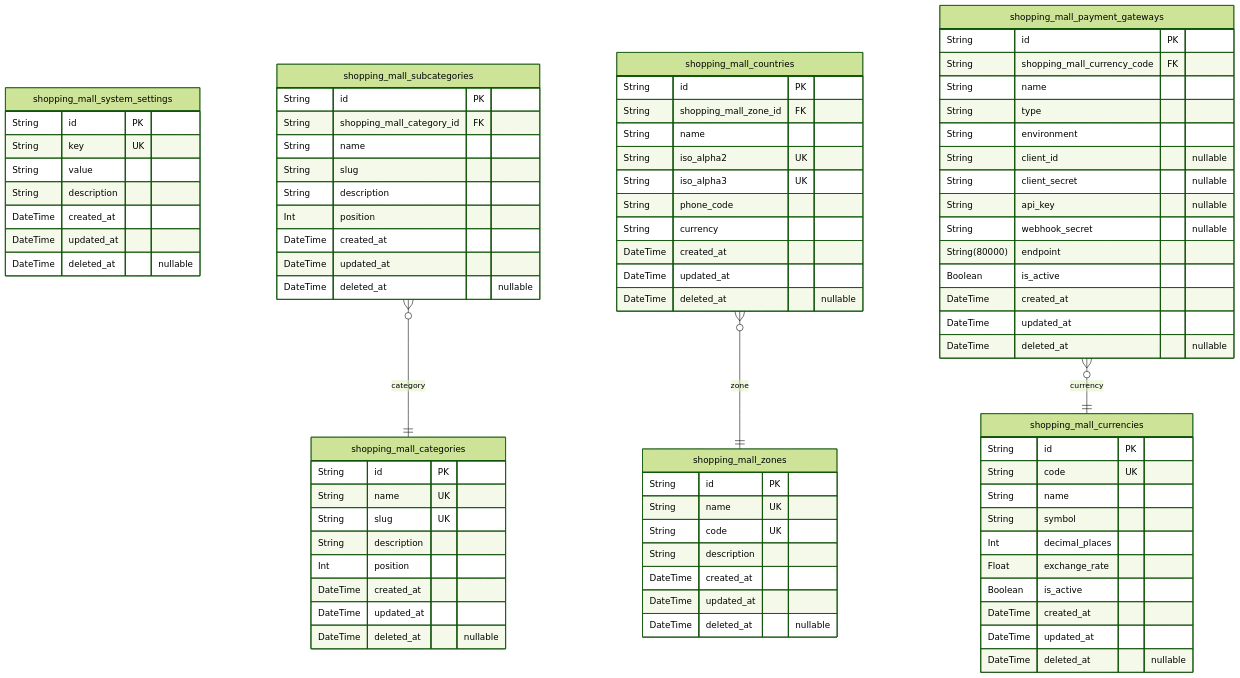
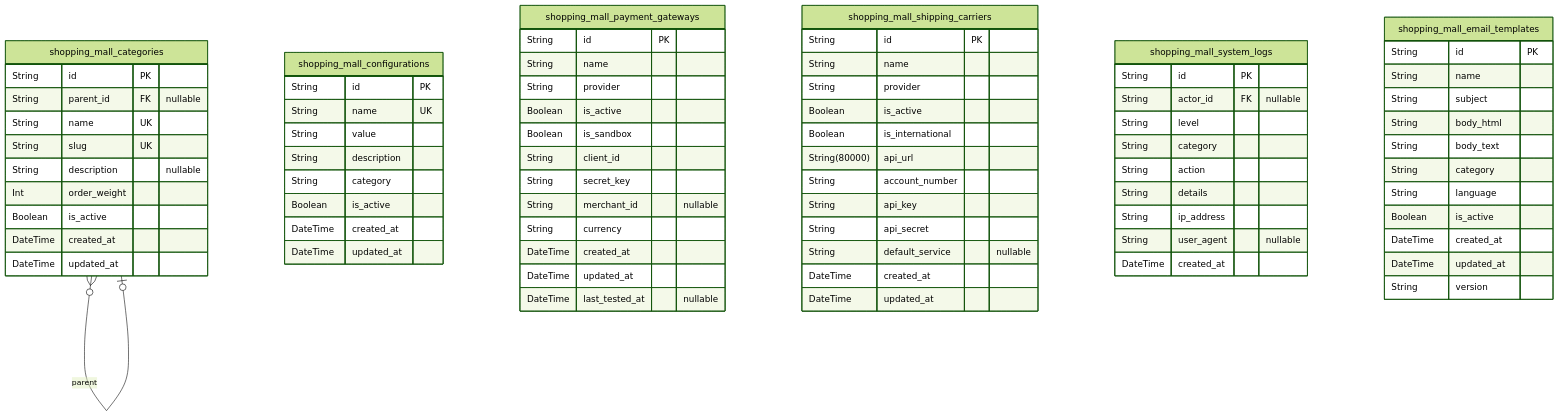
The first of 11 diagrams in qwen/qwen3-next-80b-a3b-instruct/shopping/docs/ERD.md (wrtnlabs/autobe-examples), drawn with Mermaid (forest theme) before and after one commit. The commit also changed other lines of this file and 366 other files, not shown here.

````diff
--- a/qwen/qwen3-next-80b-a3b-instruct/shopping/docs/ERD.md
+++ b/qwen/qwen3-next-80b-a3b-instruct/shopping/docs/ERD.md
@@ -19,85 +19,77 @@
 ```mermaid
 erDiagram
-"shopping_mall_system_settings" {
+"shopping_mall_categories" {
   String id PK
-  String key UK
+  String parent_id FK "nullable"
+  String name UK
+  String slug UK
+  String description "nullable"
+  Int order_weight
+  Boolean is_active
+  DateTime created_at
+  DateTime updated_at
+}
+"shopping_mall_configurations" {
+  String id PK
+  String name UK
   String value
   String description
+  String category
+  Boolean is_active
   DateTime created_at
   DateTime updated_at
-  DateTime deleted_at "nullable"
 }
-"shopping_mall_categories" {
+"shopping_mall_payment_gateways" {
   String id PK
-  String name UK
-  String slug UK
-  String description
-  Int position
-  DateTime created_at
-  DateTime updated_at
-  DateTime deleted_at "nullable"
-}
-"shopping_mall_subcategories" {
-  String id PK
-  String shopping_mall_category_id FK
   String name
-  String slug
-  String description
-  Int position
-  DateTime created_at
-  DateTime updated_at
-  DateTime deleted_at "nullable"
-}
-"shopping_mall_zones" {
-  String id PK
-  String name UK
-  String code UK
-  String description
-  DateTime created_at
-  DateTime updated_at
-  DateTime deleted_at "nullable"
-}
-"shopping_mall_countries" {
-  String id PK
-  String shopping_mall_zone_id FK
-  String name
-  String iso_alpha2 UK
-  String iso_alpha3 UK
-  String phone_code
+  String provider
+  Boolean is_active
+  Boolean is_sandbox
+  String client_id
+  String secret_key
+  String merchant_id "nullable"
   String currency
   DateTime created_at
   DateTime updated_at
-  DateTime deleted_at "nullable"
+  DateTime last_tested_at "nullable"
 }
-"shopping_mall_currencies" {
+"shopping_mall_shipping_carriers" {
   String id PK
-  String code UK
   String name
-  String symbol
-  Int decimal_places
-  Float exchange_rate
+  String provider
+  Boolean is_active
+  Boolean is_international
+  String(80000) api_url
+  String account_number
+  String api_key
+  String api_secret
+  String default_service "nullable"
+  DateTime created_at
+  DateTime updated_at
+}
+"shopping_mall_system_logs" {
+  String id PK
+  String actor_id FK "nullable"
+  String level
+  String category
+  String action
+  String details
+  String ip_address
+  String user_agent "nullable"
+  DateTime created_at
+}
+"shopping_mall_email_templates" {
+  String id PK
+  String name
+  String subject
+  String body_html
+  String body_text
+  String category
+  String language
   Boolean is_active
   DateTime created_at
   DateTime updated_at
-  DateTime deleted_at "nullable"
+  String version
 }
-"shopping_mall_payment_gateways" {
-  String id PK
-  String shopping_mall_currency_code FK
-  String name
-  String type
-  String environment
-  String client_id "nullable"
-  String client_secret "nullable"
-  String api_key "nullable"
-  String webhook_secret "nullable"
-  String(80000) endpoint
-  Boolean is_active
-  DateTime created_at
-  DateTime updated_at
-  DateTime deleted_at "nullable"
-}
-"shopping_mall_subcategories" }o--|| "shopping_mall_categories" : category
-"shopping_mall_countries" }o--|| "shopping_mall_zones" : zone
-"shopping_mall_payment_gateways" }o--|| "shopping_mall_currencies" : currency
+"shopping_mall_categories" }o--o| "shopping_mall_categories" : parent
 ```
````
